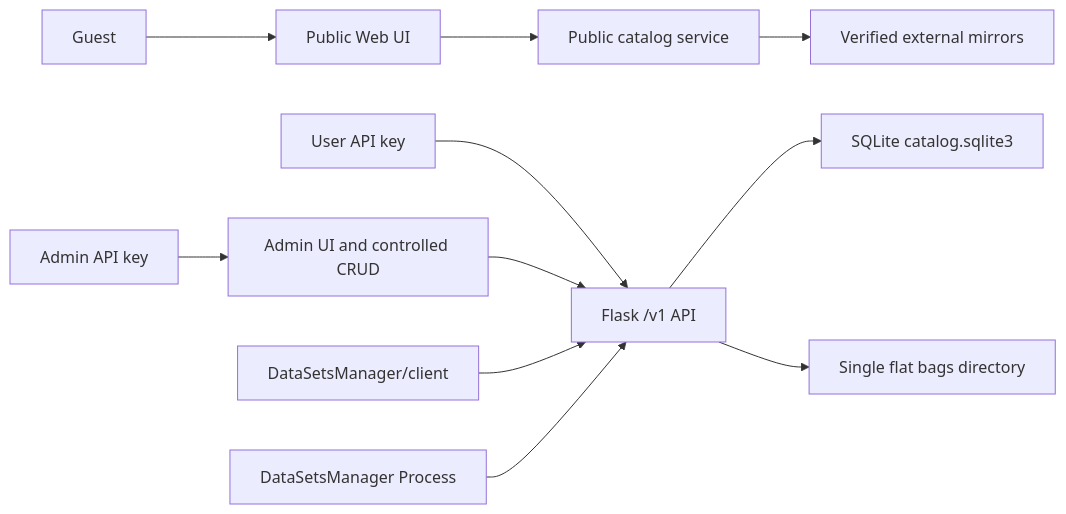
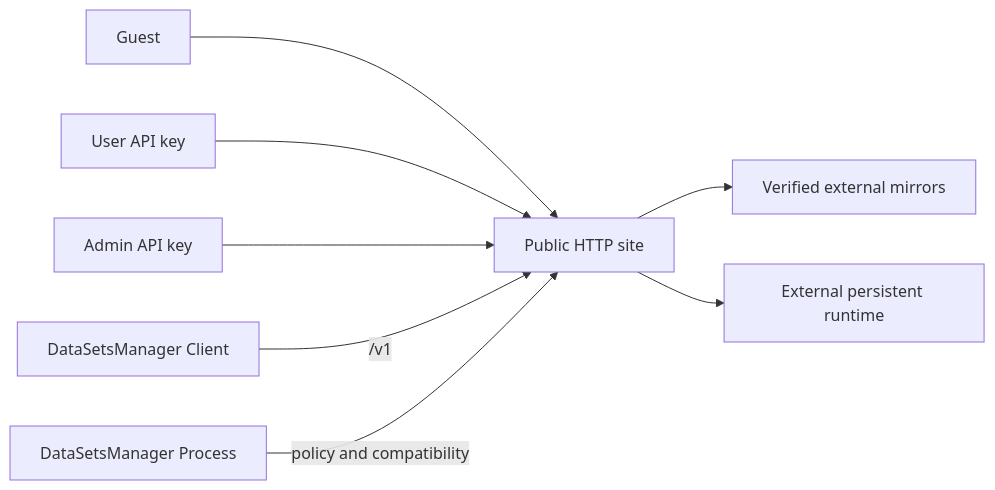
Before and after one commit to Drone-Age/iVINS-mav-dataset-server: the first of 5 diagrams in docs/architecture.md, drawn with Mermaid. The commit also changed other lines of this file and 8 other files, not shown here.

Commit message:
Complete server contracts and architecture

````diff
--- a/docs/architecture.md
+++ b/docs/architecture.md
@@ -5,13 +7,10 @@
 ```mermaid
 flowchart LR
-  Guest["Guest"] --> Web["Public Web UI"]
-  User["User API key"] --> API["Flask /v1 API"]
-  Admin["Admin API key"] --> AdminUI["Admin UI and controlled CRUD"]
-  Web --> Catalog["Public catalog service"]
-  AdminUI --> API
-  API --> DB["SQLite catalog.sqlite3"]
-  API --> Bags["Single flat bags directory"]
-  Catalog --> Mirrors["Verified external mirrors"]
-  Client["DataSetsManager/client"] --> API
-  Process["DataSetsManager Process"] --> API
+  Guest["Guest"] --> HTTP["Public HTTP site"]
+  User["User API key"] --> HTTP
+  Admin["Admin API key"] --> HTTP
+  Client["DataSetsManager Client"] -->|"/v1"| HTTP
+  HTTP --> Mirrors["Verified external mirrors"]
+  HTTP --> Runtime["External persistent runtime"]
+  Process["DataSetsManager Process"] -->|"policy and compatibility"| HTTP
 ```
````
